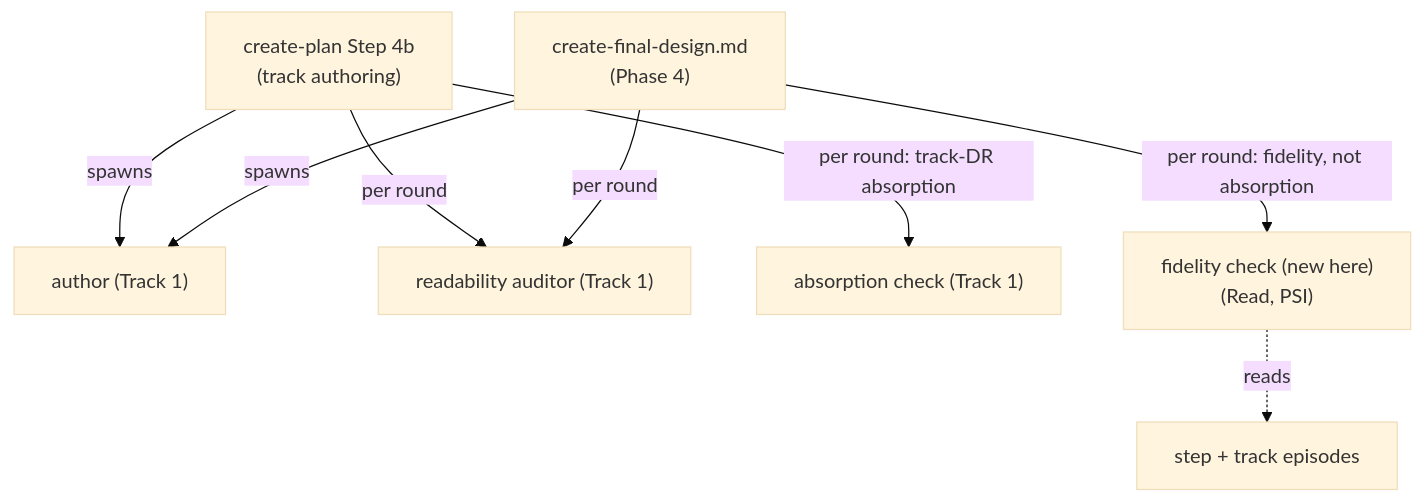
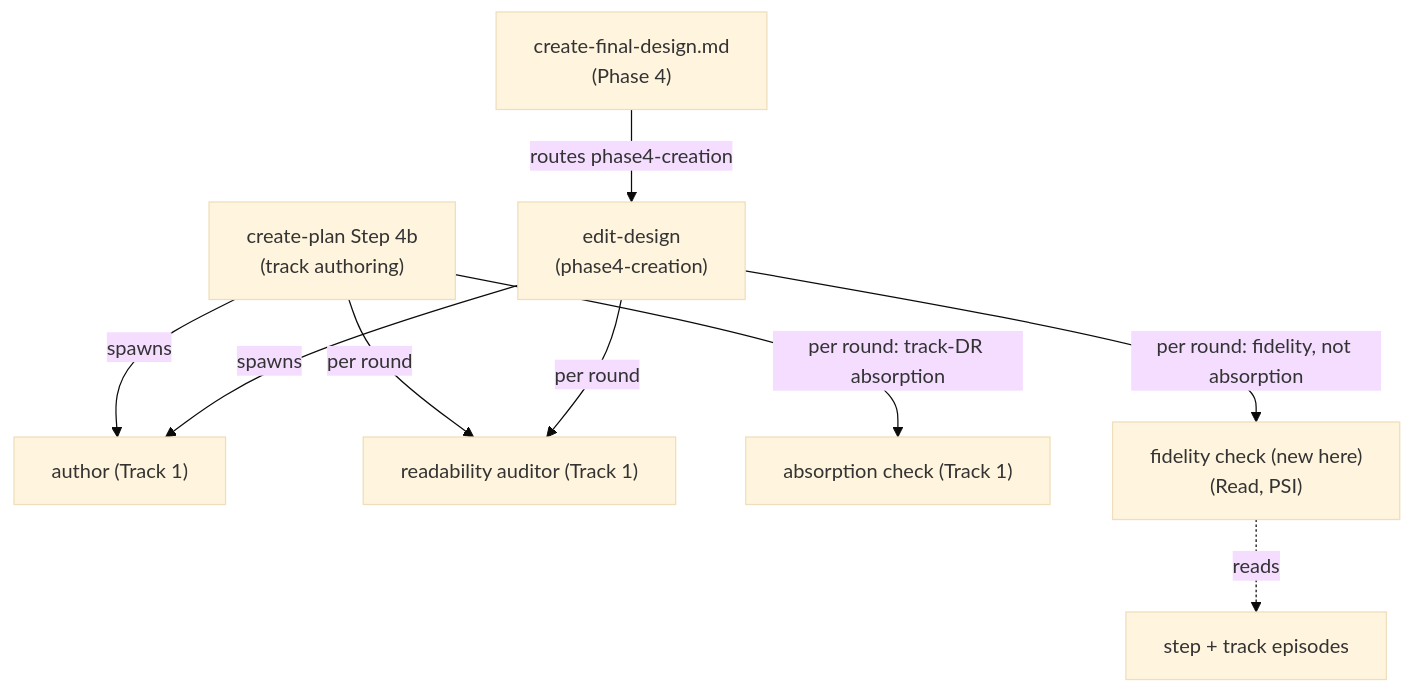
Before and after one commit to JetBrains/youtrackdb: the diagram in docs/adr/understandable-design/_workflow/plan/track-2.md, drawn with Mermaid (base theme). The commit also changed other lines of this file, not shown here.

First line of the commit message:
Review fix: track-2.md diagram + em-dash nits

````diff
--- a/docs/adr/understandable-design/_workflow/plan/track-2.md
+++ b/docs/adr/understandable-design/_workflow/plan/track-2.md
@@ -117,18 +116,20 @@
 ```mermaid
 flowchart TD
     CP["create-plan Step 4b\n(track authoring)"]
     CFD["create-final-design.md\n(Phase 4)"]
+    ED["edit-design\n(phase4-creation)"]
     AU["author (Track 1)"]
     RA["readability auditor (Track 1)"]
     AB["absorption check (Track 1)"]
     FC["fidelity check (new here)\n(Read, PSI)"]
     EP["step + track episodes"]
 
     CP -->|spawns| AU
     CP -->|per round| RA
     CP -->|"per round: track-DR absorption"| AB
-    CFD -->|spawns| AU
-    CFD -->|per round| RA
-    CFD -->|"per round: fidelity, not absorption"| FC
+    CFD -->|routes phase4-creation| ED
+    ED -->|spawns| AU
+    ED -->|per round| RA
+    ED -->|"per round: fidelity, not absorption"| FC
     FC -.reads.-> EP
 ```
````
